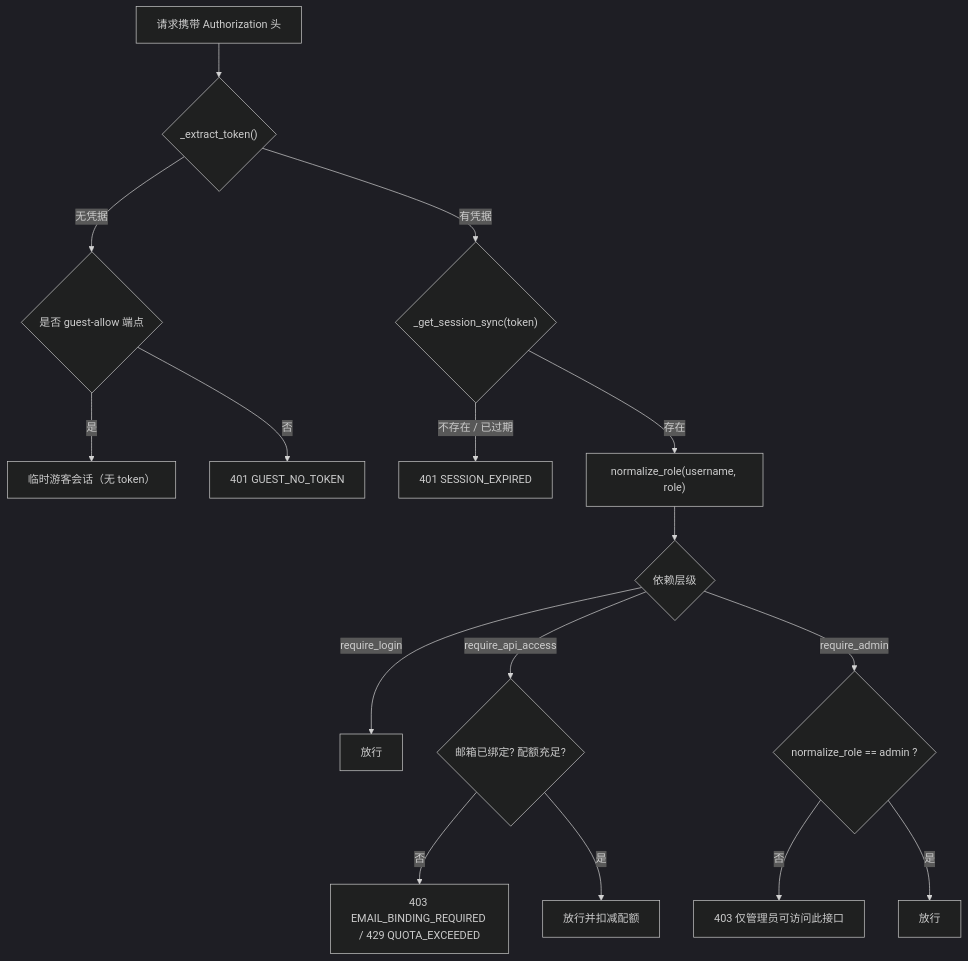
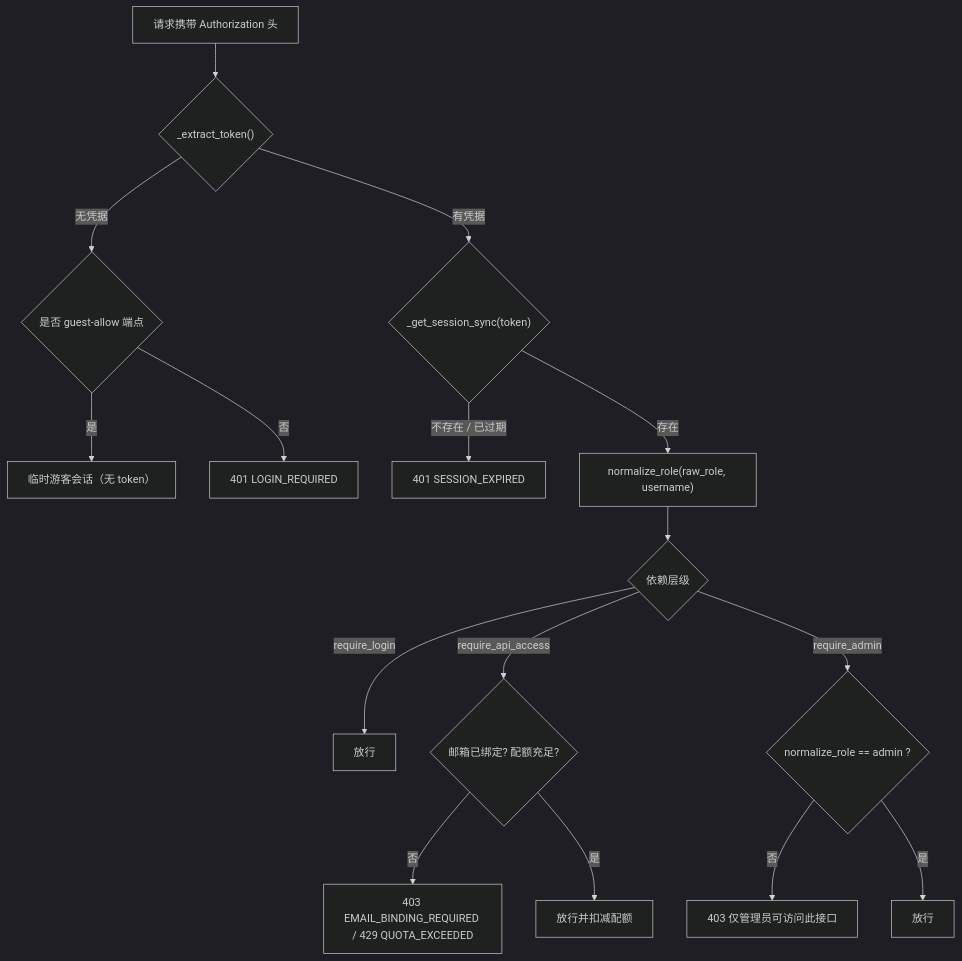
The second of 2 diagrams in Docs/Architecture/identity-auth-security.md (NEGIAO/WebGIS-Dev), drawn with Mermaid (dark theme) before and after one commit. The commit also changed other lines of this file and 52 other files, not shown here.

````diff
--- a/Docs/Architecture/identity-auth-security.md
+++ b/Docs/Architecture/identity-auth-security.md
@@ -55,18 +55,18 @@
 ```mermaid
 flowchart TD
     A["请求携带 Authorization 头"] --> B{"_extract_token()"}
     B -->|无凭据| C{"是否 guest-allow 端点"}
     C -->|是| C1["临时游客会话（无 token）"]
-    C -->|否| C2["401 GUEST_NO_TOKEN"]
+    C -->|否| C2["401 LOGIN_REQUIRED"]
     B -->|有凭据| D{"_get_session_sync(token)"}
     D -->|不存在 / 已过期| E["401 SESSION_EXPIRED"]
-    D -->|存在| F["normalize_role(username, role)"]
+    D -->|存在| F["normalize_role(raw_role, username)"]
     F --> G{"依赖层级"}
     G -->|require_login| H["放行"]
     G -->|require_api_access| I{"邮箱已绑定? 配额充足?"}
     I -->|否| J["403 EMAIL_BINDING_REQUIRED / 429 QUOTA_EXCEEDED"]
     I -->|是| K["放行并扣减配额"]
     G -->|require_admin| L{"normalize_role == admin ?"}
     L -->|否| M["403 仅管理员可访问此接口"]
     L -->|是| N["放行"]
 ```
````
